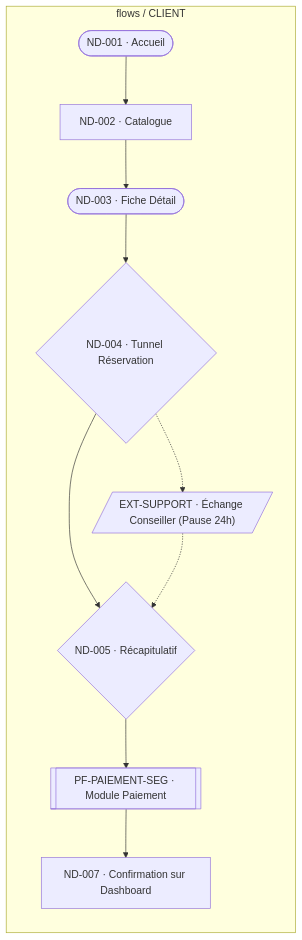
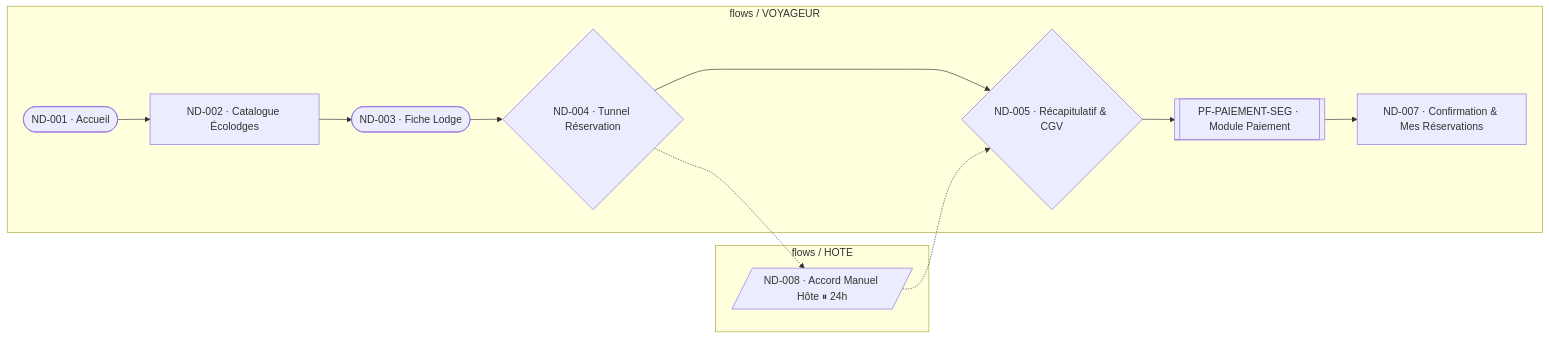
One commit to Pi0up/ai-skills changed the diagram in examples/preview-showcase/UC-RESERVATION-overview.mmd. Above: the diagram before and after it, drawn with Mermaid. The commit also changed 40 other files, not shown here.

Commit message:
feat(dataset): add comprehensive ECO-STAYS test dataset covering all IA articulation cases

```diff
--- a/examples/preview-showcase/UC-RESERVATION-overview.mmd
+++ b/examples/preview-showcase/UC-RESERVATION-overview.mmd
@@ -1,31 +1,34 @@
-%%@file id=UC-RESERVATION-overview project=SALLES kind=userflow view=uc uc=UC-RESERVATION obj=OBJ-RES-01 title="Cas d'Usage : Réservation d'un Espace" version="1.1" roles=CLIENT,ADMIN
-%%@node HOME code=HOME type=ECR order=1
-%%@node L001 code=L001 type=ECR order=2
-%%@node C001 code=C001 type=ECR order=3
-%%@node F001 code=F001 type=ECR order=4
-%%@node F001_recap code=F001:RECAP type=ECR order=5
-%%@node CALL_PAY code=PF-PAIEMENT-SEG type=CALL order=6
-%%@node D001 code=D001 type=ECR order=7
-%%@node EXT_SUPPORT code=EXT-SUPPORT type=EXT order=8
-%%@edge HOME>L001 kind=nominal
-%%@edge L001>C001 kind=nominal
-%%@edge C001>F001 kind=nominal
-%%@edge F001>F001_recap kind=nominal
-%%@edge F001_recap>CALL_PAY kind=nominal
-%%@edge CALL_PAY>D001 kind=nominal
-%%@edge F001>EXT_SUPPORT kind=variant
-%%@edge EXT_SUPPORT>F001_recap kind=rejoin
+%%@file id=UC-RESERVATION-overview project=ECO-STAYS kind=userflow view=uc uc=UC-RESERVATION obj=OBJ-RES-01 title="Cas d'Usage : Réservation d'un Écolodge" version="1.3" roles=VOYAGEUR,HOTE,ADMIN confiance=YELLOW validation=QA+UAT funnel=yes
+%%@node ND_HOME code=HOME type=ECR order=1
+%%@node ND_L001 code=L001 type=ECR order=2
+%%@node ND_C001 code=C001 type=ECR order=3
+%%@node ND_F001 code=F001 type=ECR order=4
+%%@node ND_EXT_APPROVAL code=EXT-APPROVAL type=EXT break=yes delay=24h persist=external resume=ND_F001_RECAP order=5
+%%@node ND_F001_RECAP code=F001:RECAP type=ECR order=6
+%%@node CALL_PAY code=PF-PAIEMENT-SEG type=CALL order=7
+%%@node ND_L002 code=L002 type=ECR order=8
+%%@edge ND_HOME>ND_L001 kind=nominal
+%%@edge ND_L001>ND_C001 kind=nominal
+%%@edge ND_C001>ND_F001 kind=nominal
+%%@edge ND_F001>ND_F001_RECAP kind=nominal
+%%@edge ND_F001>ND_EXT_APPROVAL kind=diverge
+%%@edge ND_EXT_APPROVAL>ND_F001_RECAP kind=rejoin
+%%@edge ND_F001_RECAP>CALL_PAY kind=nominal
+%%@edge CALL_PAY>ND_L002 kind=nominal
 flowchart LR
-  subgraph Role_CLIENT["flows / CLIENT"]
-    HOME(["ND-001 · Accueil"])
-    L001["ND-002 · Catalogue"]
-    C001(["ND-003 · Fiche Détail"])
-    F001{"ND-004 · Tunnel Réservation"}
-    F001_recap{"ND-005 · Récapitulatif"}
+  subgraph Role_VOYAGEUR["flows / VOYAGEUR"]
+    ND_HOME(["ND-001 · Accueil"])
+    ND_L001["ND-002 · Catalogue Écolodges"]
+    ND_C001(["ND-003 · Fiche Lodge"])
+    ND_F001{"ND-004 · Tunnel Réservation"}
+    ND_F001_RECAP{"ND-005 · Récapitulatif & CGV"}
     CALL_PAY[["PF-PAIEMENT-SEG · Module Paiement"]]
-    D001["ND-007 · Confirmation sur Dashboard"]
-    EXT_SUPPORT[/"EXT-SUPPORT · Échange Conseiller (Pause 24h)"/]
+    ND_L002["ND-007 · Confirmation & Mes Réservations"]
+  end
 
-    HOME --> L001 --> C001 --> F001 --> F001_recap --> CALL_PAY --> D001
-    F001 -.-> EXT_SUPPORT -.-> F001_recap
+  subgraph Role_HOTE["flows / HOTE"]
+    ND_EXT_APPROVAL[/"ND-008 · Accord Manuel Hôte ⏸ 24h"/]
   end
+
+  ND_HOME --> ND_L001 --> ND_C001 --> ND_F001 --> ND_F001_RECAP --> CALL_PAY --> ND_L002
+  ND_F001 -.-> ND_EXT_APPROVAL -.-> ND_F001_RECAP
```
